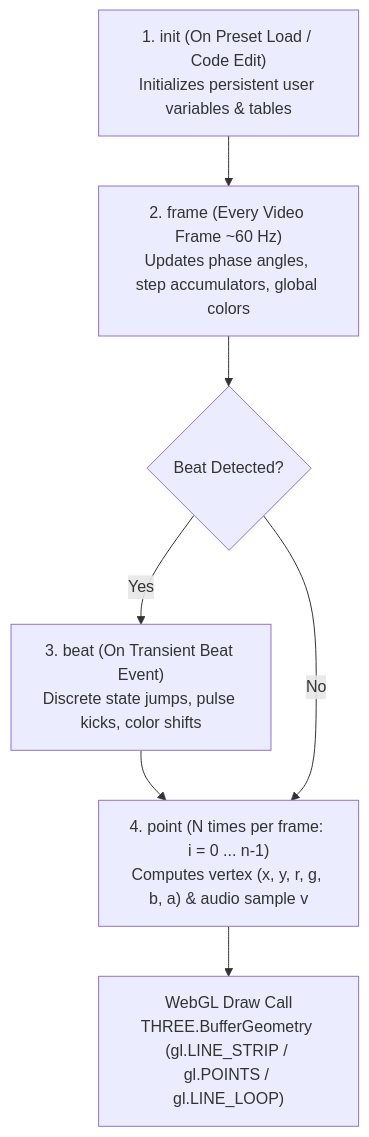
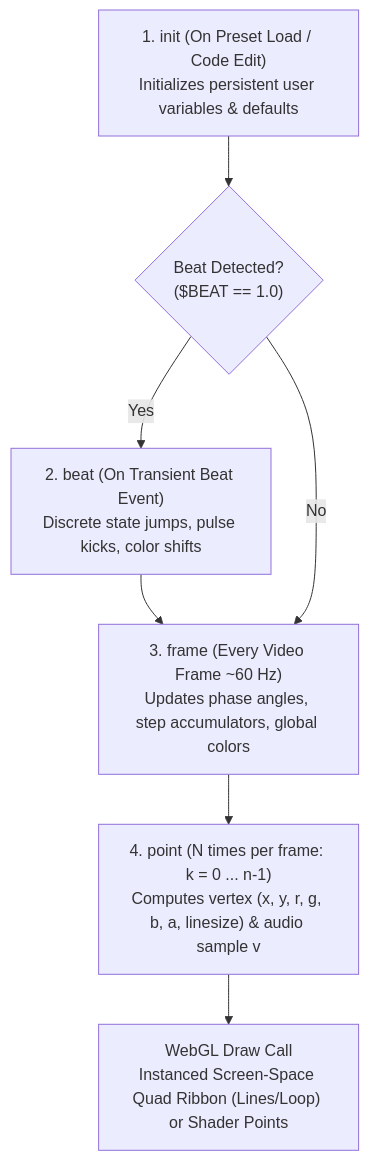
One commit to andyjpeck/visualitzacio changed the diagram in component_proposals/duperscope.md. Above: the diagram before and after it, drawn with Mermaid. The commit also changed other lines of this file and 8 other files, not shown here.

````diff
--- a/component_proposals/duperscope.md
+++ b/component_proposals/duperscope.md
@@ -20,15 +20,15 @@
 ```mermaid
 flowchart TD
-    Init["1. init (On Preset Load / Code Edit)\nInitializes persistent user variables & tables"]
-    Frame["2. frame (Every Video Frame ~60 Hz)\nUpdates phase angles, step accumulators, global colors"]
-    Beat{"Beat Detected?"}
-    BeatExec["3. beat (On Transient Beat Event)\nDiscrete state jumps, pulse kicks, color shifts"]
-    PointLoop["4. point (N times per frame: i = 0 ... n-1)\nComputes vertex (x, y, r, g, b, a) & audio sample v"]
-    Render["WebGL Draw Call\nTHREE.BufferGeometry (gl.LINE_STRIP / gl.POINTS / gl.LINE_LOOP)"]
+    Init["1. init (On Preset Load / Code Edit)\nInitializes persistent user variables & defaults"]
+    Beat{"Beat Detected?\n($BEAT == 1.0)"}
+    BeatExec["2. beat (On Transient Beat Event)\nDiscrete state jumps, pulse kicks, color shifts"]
+    Frame["3. frame (Every Video Frame ~60 Hz)\nUpdates phase angles, step accumulators, global colors"]
+    PointLoop["4. point (N times per frame: k = 0 ... n-1)\nComputes vertex (x, y, r, g, b, a, linesize) & audio sample v"]
+    Render["WebGL Draw Call\nInstanced Screen-Space Quad Ribbon (Lines/Loop) or Shader Points"]
 
-    Init --> Frame
-    Frame --> Beat
-    Beat -- Yes --> BeatExec --> PointLoop
-    Beat -- No --> PointLoop
+    Init --> Beat
+    Beat -- Yes --> BeatExec --> Frame
+    Beat -- No --> Frame
+    Frame --> PointLoop
     PointLoop --> Render
 ```
````
